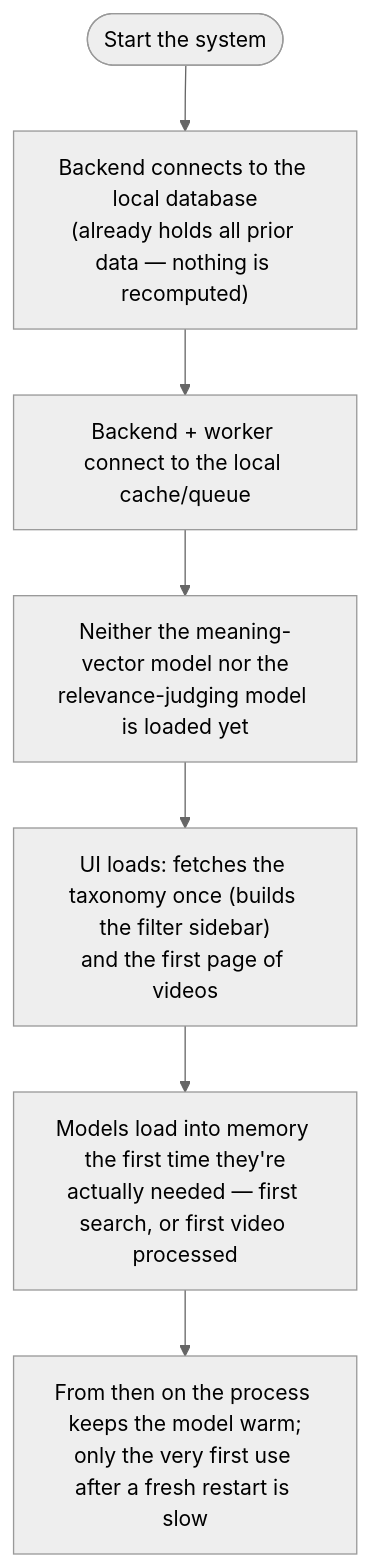
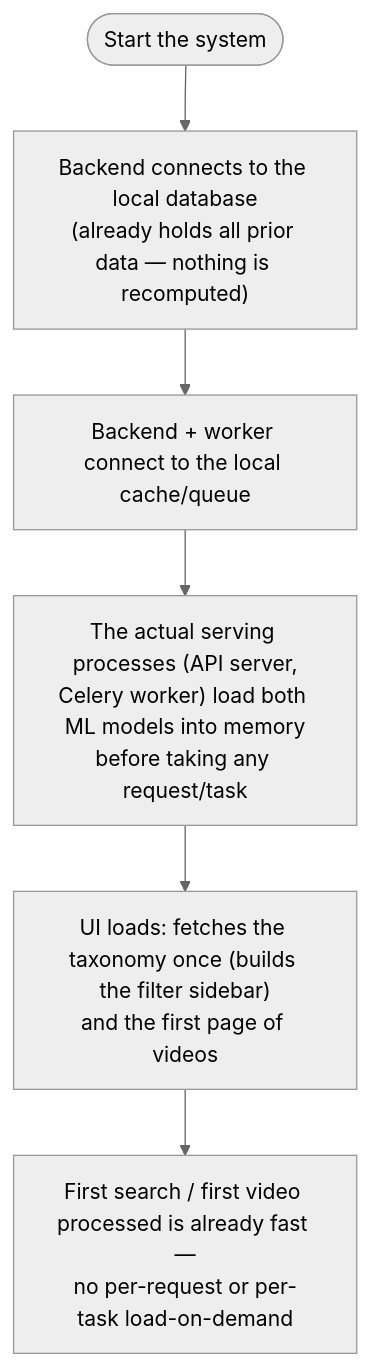
Before and after one commit to aman1404slap/search-engine: the second of 4 diagrams in architecture.md, drawn with Mermaid (neutral theme). The commit also changed other lines of this file and 19 other files, not shown here.

````diff
--- a/architecture.md
+++ b/architecture.md
@@ -91,9 +91,8 @@
 ```mermaid
 flowchart TD
     START(["Start the system"]) --> DB_CHECK["Backend connects to the local database\n(already holds all prior data — nothing is recomputed)"]
     DB_CHECK --> CACHE_CHECK["Backend + worker connect to the local cache/queue"]
-    CACHE_CHECK --> LAZY["Neither the meaning-vector model nor the\nrelevance-judging model is loaded yet"]
-    LAZY --> UI_LOAD["UI loads: fetches the taxonomy once (builds the filter sidebar)\nand the first page of videos"]
-    UI_LOAD --> FIRST_USE["Models load into memory the first time they're\nactually needed — first search, or first video processed"]
-    FIRST_USE --> WARM["From then on the process keeps the model warm;\nonly the very first use after a fresh restart is slow"]
+    CACHE_CHECK --> PRELOAD["The actual serving processes (API server,\nCelery worker) load both ML models into memory\nbefore taking any request/task"]
+    PRELOAD --> UI_LOAD["UI loads: fetches the taxonomy once (builds the filter sidebar)\nand the first page of videos"]
+    UI_LOAD --> WARM["First search / first video processed is already fast —\nno per-request or per-task load-on-demand"]
 ```
````
